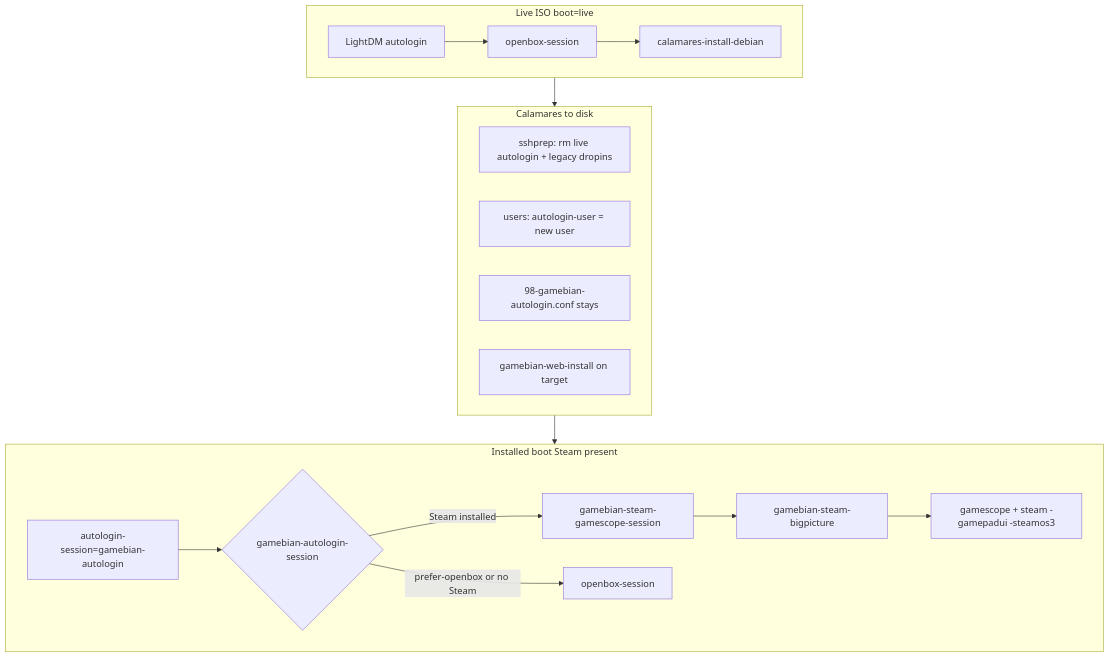
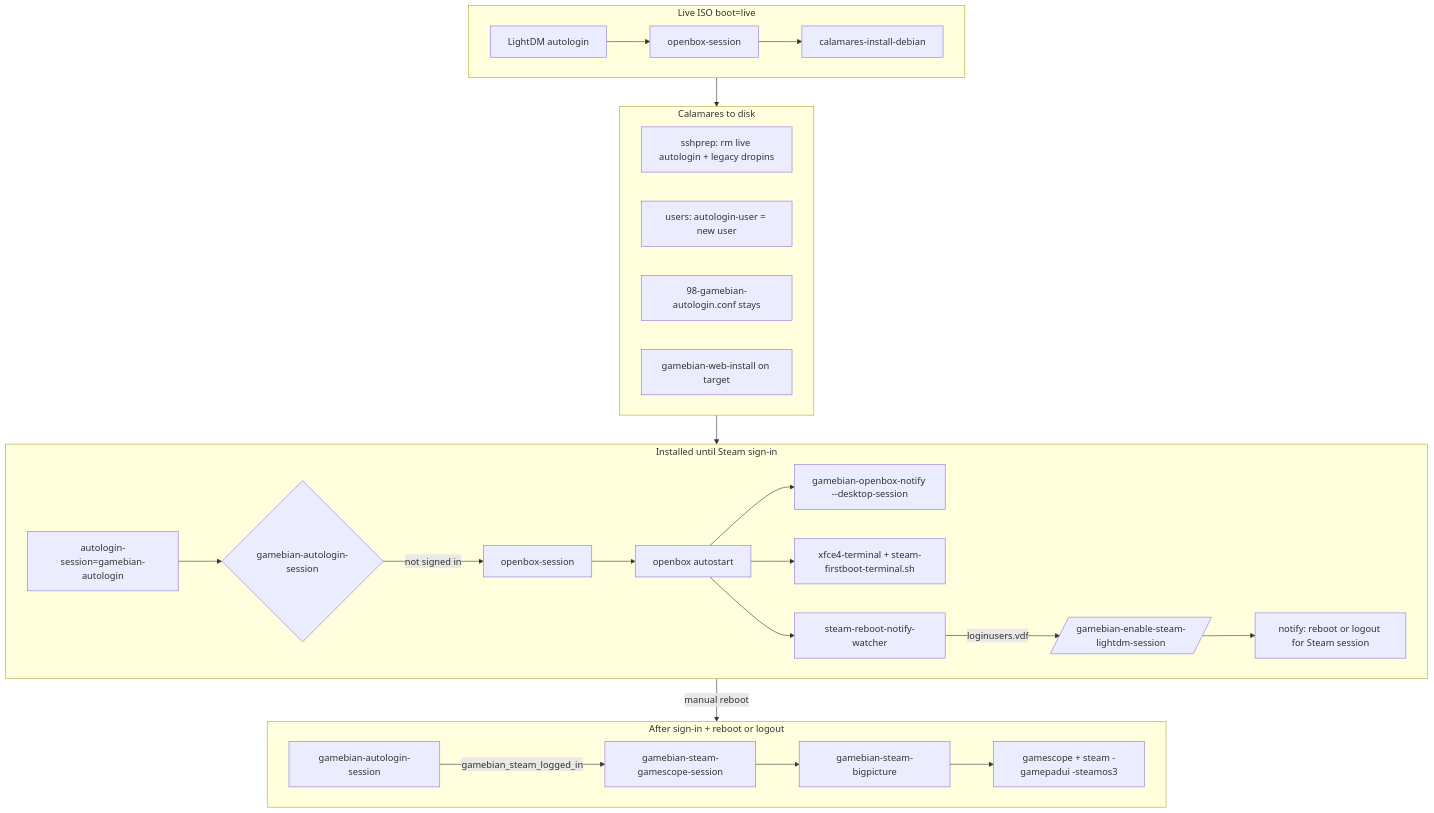
The diagram in gambian-iso/docs/STEAM-BOOT-AND-SESSIONS.md (GamebianOS/GamebianOS), drawn with Mermaid before and after one commit. The commit also changed other lines of this file and 37 other files, not shown here.

````diff
--- a/gambian-iso/docs/STEAM-BOOT-AND-SESSIONS.md
+++ b/gambian-iso/docs/STEAM-BOOT-AND-SESSIONS.md
@@ -7,26 +7,37 @@
 ```mermaid
 flowchart TD
   subgraph live [Live ISO boot=live]
     LDM[LightDM autologin]
     LDM --> OB_L[openbox-session]
     OB_L --> CAL[calamares-install-debian]
   end
 
   subgraph install [Calamares to disk]
     SSH[sshprep: rm live autologin + legacy dropins]
     USR[users: autologin-user = new user]
     L98[98-gamebian-autologin.conf stays]
     WEB[gamebian-web-install on target]
   end
 
-  subgraph disk [Installed boot Steam present]
+  subgraph disk1 [Installed until Steam sign-in]
     AL[autologin-session=gamebian-autologin]
     AL --> DISP{gamebian-autologin-session}
-    DISP -->|Steam installed| GS[gamebian-steam-gamescope-session]
+    DISP -->|not signed in| OB1[openbox-session]
+    OB1 --> AS[openbox autostart]
+    AS --> WEL[gamebian-openbox-notify --desktop-session]
+    AS --> TERM[xfce4-terminal + steam-firstboot-terminal.sh]
+    AS --> WATCH[steam-reboot-notify-watcher]
+    WATCH -->|loginusers.vdf| EN[/gamebian-enable-steam-lightdm-session/]
+    EN --> HINT[notify: reboot or logout for Steam session]
+  end
+
+  subgraph disk2 [After sign-in + reboot or logout]
+    AL2[gamebian-autologin-session]
+    AL2 -->|gamebian_steam_logged_in| GS[gamebian-steam-gamescope-session]
     GS --> BP[gamebian-steam-bigpicture]
     BP --> GSCOPE[gamescope + steam -gamepadui -steamos3]
-    DISP -->|prefer-openbox or no Steam| OB[openbox-session]
   end
 
-  live --> install --> disk
+  live --> install --> disk1
+  disk1 -->|manual reboot| disk2
 ```
````
